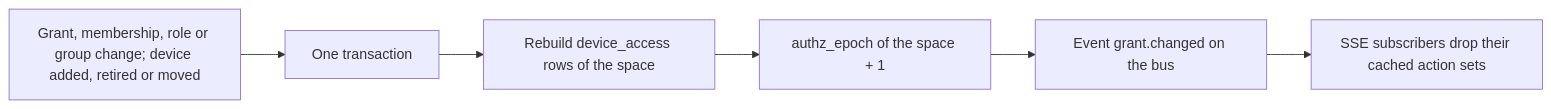
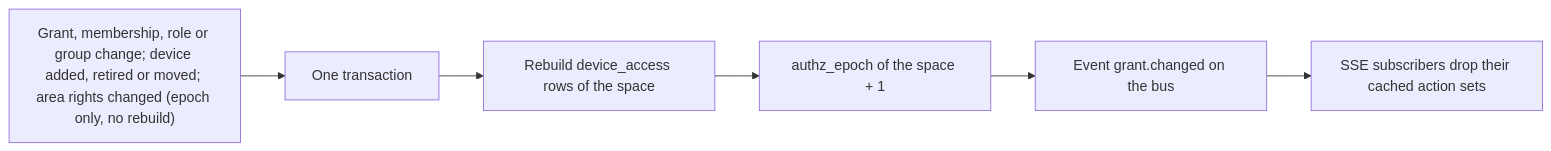
The first of 2 diagrams in docs/design/authz.md (CuriousTimo/Maker-Connect), drawn with Mermaid before and after one commit. The commit also changed other lines of this file and 5 other files, not shown here.

First line of the commit message:
docs/design: host role and area rights per space (DESIGN-DOC:0069-0071)

````diff
--- a/docs/design/authz.md
+++ b/docs/design/authz.md
@@ -135,10 +178,10 @@
 ```mermaid
 flowchart LR
-  change["Grant, membership, role or group change; device added, retired or moved"]
+  change["Grant, membership, role or group change; device added, retired or moved; area rights changed (epoch only, no rebuild)"]
   tx["One transaction"]
   rebuild["Rebuild device_access rows of the space"]
   epoch["authz_epoch of the space + 1"]
   bus["Event grant.changed on the bus"]
   sse["SSE subscribers drop their cached action sets"]
   change --> tx --> rebuild --> epoch --> bus --> sse
 ```
````
